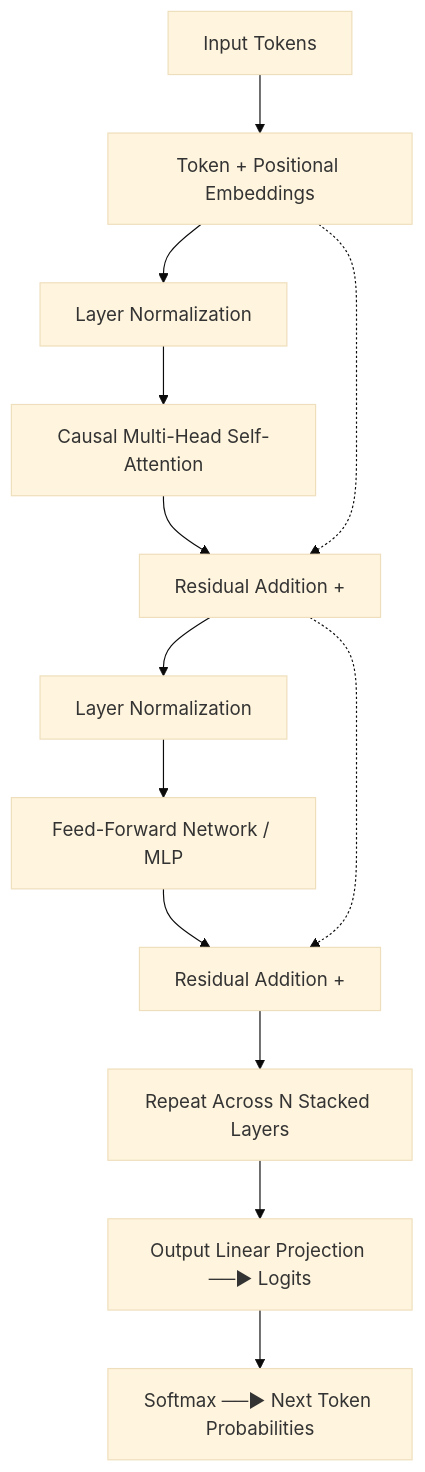
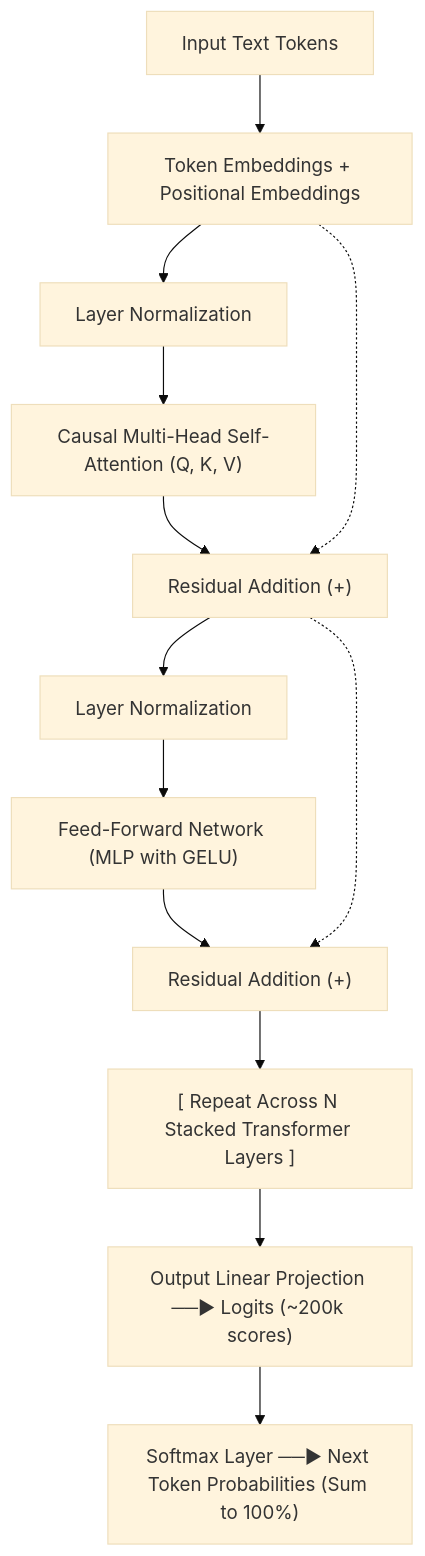
The third of 3 diagrams in Nameste-AI/Season_01/05_The_Computational_Brain_of_Machines.md (Nishant8826/theory-leaning), drawn with Mermaid (base theme) before and after one commit. The commit also changed other lines of this file and 8 other files, not shown here.

````diff
--- a/Nameste-AI/Season_01/05_The_Computational_Brain_of_Machines.md
+++ b/Nameste-AI/Season_01/05_The_Computational_Brain_of_Machines.md
@@ -229,15 +245,15 @@
 ```mermaid
 flowchart TD
-    A[Input Tokens] --> B[Token + Positional Embeddings]
-    B --> C[Layer Normalization]
-    C --> D[Causal Multi-Head Self-Attention]
-    D --> E[Residual Addition +]
+    A["Input Text Tokens"] --> B["Token Embeddings + Positional Embeddings"]
+    B --> C["Layer Normalization"]
+    C --> D["Causal Multi-Head Self-Attention (Q, K, V)"]
+    D --> E["Residual Addition (+)"]
     B -.-> E
-    E --> F[Layer Normalization]
-    F --> G[Feed-Forward Network / MLP]
-    G --> H[Residual Addition +]
+    E --> F["Layer Normalization"]
+    F --> G["Feed-Forward Network (MLP with GELU)"]
+    G --> H["Residual Addition (+)"]
     E -.-> H
-    H --> I[Repeat Across N Stacked Layers]
-    I --> J[Output Linear Projection ──► Logits]
-    J --> K[Softmax ──► Next Token Probabilities]
+    H --> I["[ Repeat Across N Stacked Transformer Layers ]"]
+    I --> J["Output Linear Projection ──► Logits (~200k scores)"]
+    J --> K["Softmax Layer ──► Next Token Probabilities (Sum to 100%)"]
 ```
````
